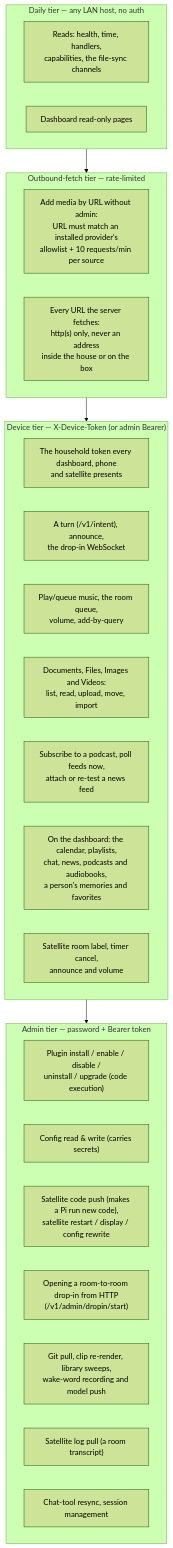
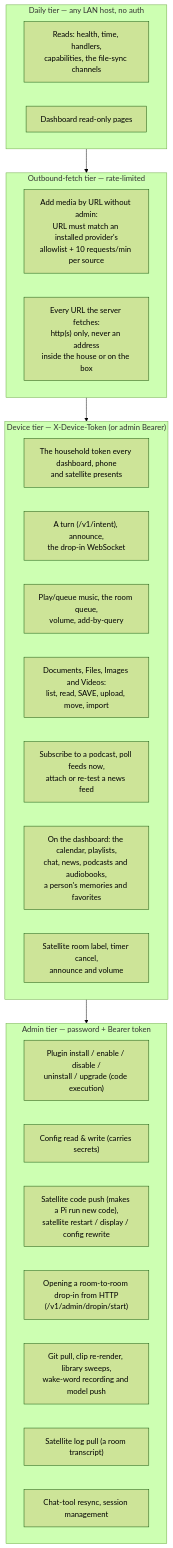
Before and after one commit to coders-farm-official/domovoi: the diagram in docs/SECURITY_PRIVACY.md, drawn with Mermaid (forest theme). The commit also changed other lines of this file and 7 other files, not shown here.

````diff
--- a/docs/SECURITY_PRIVACY.md
+++ b/docs/SECURITY_PRIVACY.md
@@ -39,30 +39,30 @@
 ```mermaid
 flowchart TB
     subgraph daily["Daily tier — any LAN host, no auth"]
         d1["Reads: health, time, handlers,<br/>capabilities, the file-sync channels"]
         d2["Dashboard read-only pages"]
     end
     subgraph fetch["Outbound-fetch tier — rate-limited"]
         f1["Add media by URL without admin:<br/>URL must match an installed provider's<br/>allowlist + 10 requests/min per source"]
         f2["Every URL the server fetches:<br/>http(s) only, never an address<br/>inside the house or on the box"]
     end
     subgraph device["Device tier — X-Device-Token (or admin Bearer)"]
         v1["The household token every dashboard, phone<br/>and satellite presents"]
         v2["A turn (/v1/intent), announce,<br/>the drop-in WebSocket"]
         v3["Play/queue music, the room queue,<br/>volume, add-by-query"]
-        v4["Documents, Files, Images and Videos:<br/>list, read, upload, move, import"]
+        v4["Documents, Files, Images and Videos:<br/>list, read, SAVE, upload, move, import"]
         v5["Subscribe to a podcast, poll feeds now,<br/>attach or re-test a news feed"]
         v6["On the dashboard: the calendar, playlists,<br/>chat, news, podcasts and audiobooks,<br/>a person's memories and favorites"]
         v7["Satellite room label, timer cancel,<br/>announce and volume"]
     end
     subgraph admin["Admin tier — password + Bearer token"]
         a1["Plugin install / enable / disable /<br/>uninstall / upgrade (code execution)"]
         a2["Config read & write (carries secrets)"]
         a3["Satellite code push (makes a Pi run new code),<br/>satellite restart / display / config rewrite"]
         a7["Opening a room-to-room drop-in from HTTP<br/>(/v1/admin/dropin/start)"]
         a4["Git pull, clip re-render, library sweeps,<br/>wake-word recording and model push"]
         a5["Satellite log pull (a room transcript)"]
         a6["Chat-tool resync, session management"]
     end
     daily --> fetch --> device --> admin
 ```
````
